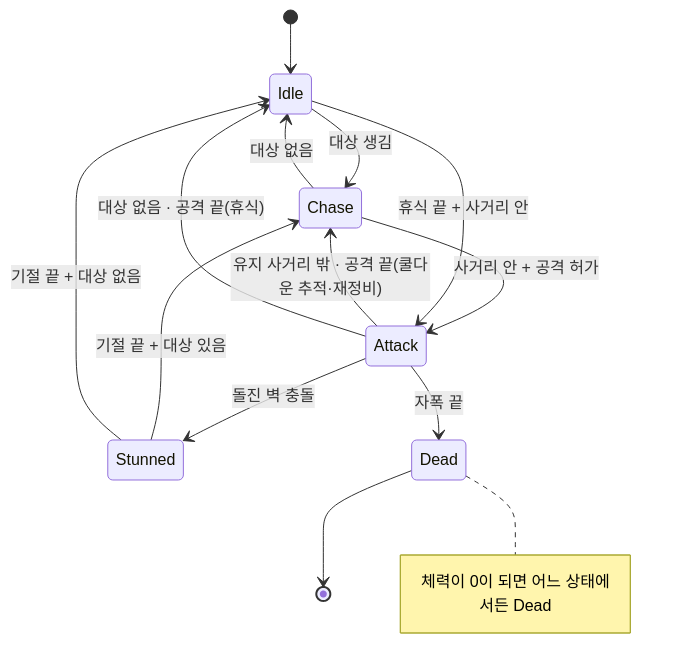
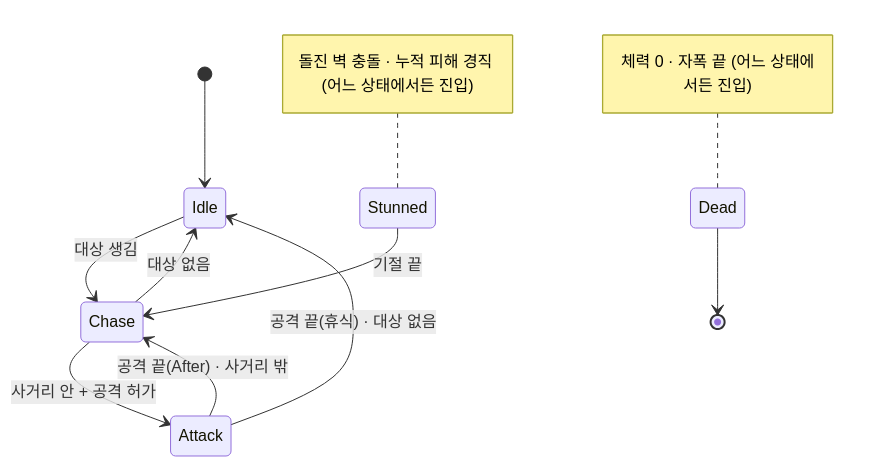
One commit to MountainHS/portfolio changed the third of 5 diagrams in src/5-hive-purge/기술문서.md. Above: the diagram before and after it, drawn with Mermaid. The commit also changed other lines of this file and 6 other files, not shown here.

````diff
--- a/src/5-hive-purge/기술문서.md
+++ b/src/5-hive-purge/기술문서.md
@@ -171,16 +180,13 @@
 ```mermaid
 stateDiagram-v2
     [*] --> Idle
     Idle --> Chase: 대상 생김
     Chase --> Idle: 대상 없음
     Chase --> Attack: 사거리 안 + 공격 허가
-    Attack --> Chase: 유지 사거리 밖 · 공격 끝(쿨다운 추적·재정비)
-    Attack --> Idle: 대상 없음 · 공격 끝(휴식)
-    Idle --> Attack: 휴식 끝 + 사거리 안
-    Attack --> Stunned: 돌진 벽 충돌
-    Stunned --> Chase: 기절 끝 + 대상 있음
-    Stunned --> Idle: 기절 끝 + 대상 없음
-    Attack --> Dead: 자폭 끝
+    Attack --> Chase: 공격 끝(After) · 사거리 밖
+    Attack --> Idle: 공격 끝(휴식) · 대상 없음
+    Stunned --> Chase: 기절 끝
     Dead --> [*]
-    note right of Dead: 체력이 0이 되면 어느 상태에서든 Dead
+    note left of Stunned: 돌진 벽 충돌 · 누적 피해 경직 (어느 상태에서든 진입)
+    note left of Dead: 체력 0 · 자폭 끝 (어느 상태에서든 진입)
 ```
````
